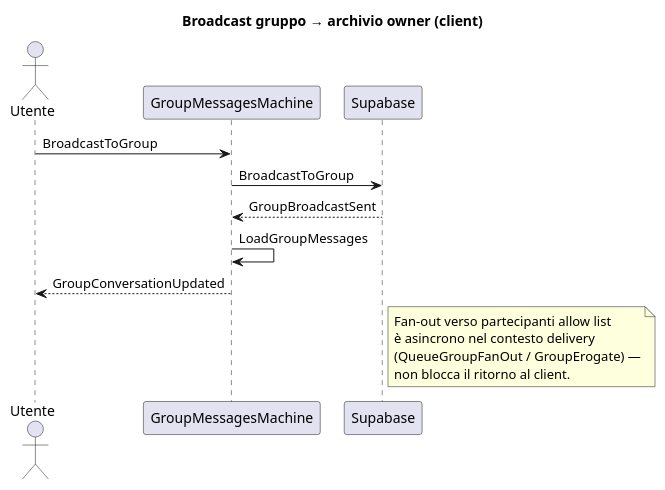
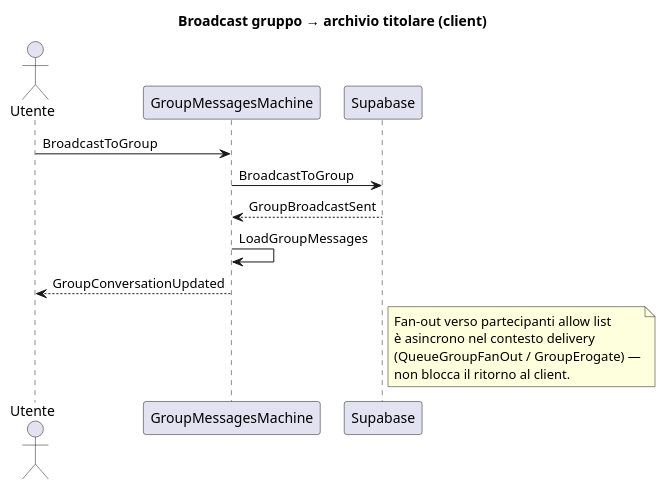
The diagram in docs/model/uml/groups/seq-broadcast.puml (alfred-im/alfred-im), drawn with PlantUML before and after one commit. The commit also changed 200 other files, not shown here.

```diff
--- a/docs/model/uml/groups/seq-broadcast.puml
+++ b/docs/model/uml/groups/seq-broadcast.puml
@@ -1,26 +1,26 @@
 @startuml seq-broadcast
 ' Context: groups
 ' Profile: client
 ' SDD: SYS-GROUP, SYS-DELIVERY (erogazione asincrona)
 ' Revision: 2026-07-27
 
-title Broadcast gruppo → archivio owner (client)
+title Broadcast gruppo → archivio titolare (client)
 
 actor Utente
 participant "GroupMessagesMachine" as GMM
 participant "Supabase" as SB
 
 Utente -> GMM : BroadcastToGroup
 GMM -> SB : BroadcastToGroup
 SB --> GMM : GroupBroadcastSent
 GMM -> GMM : LoadGroupMessages
 GMM --> Utente : GroupConversationUpdated
 
 note right of SB
   Fan-out verso partecipanti allow list
   è asincrono nel contesto delivery
   (QueueGroupFanOut / GroupErogate) —
   non blocca il ritorno al client.
 end note
 
 @enduml
```
